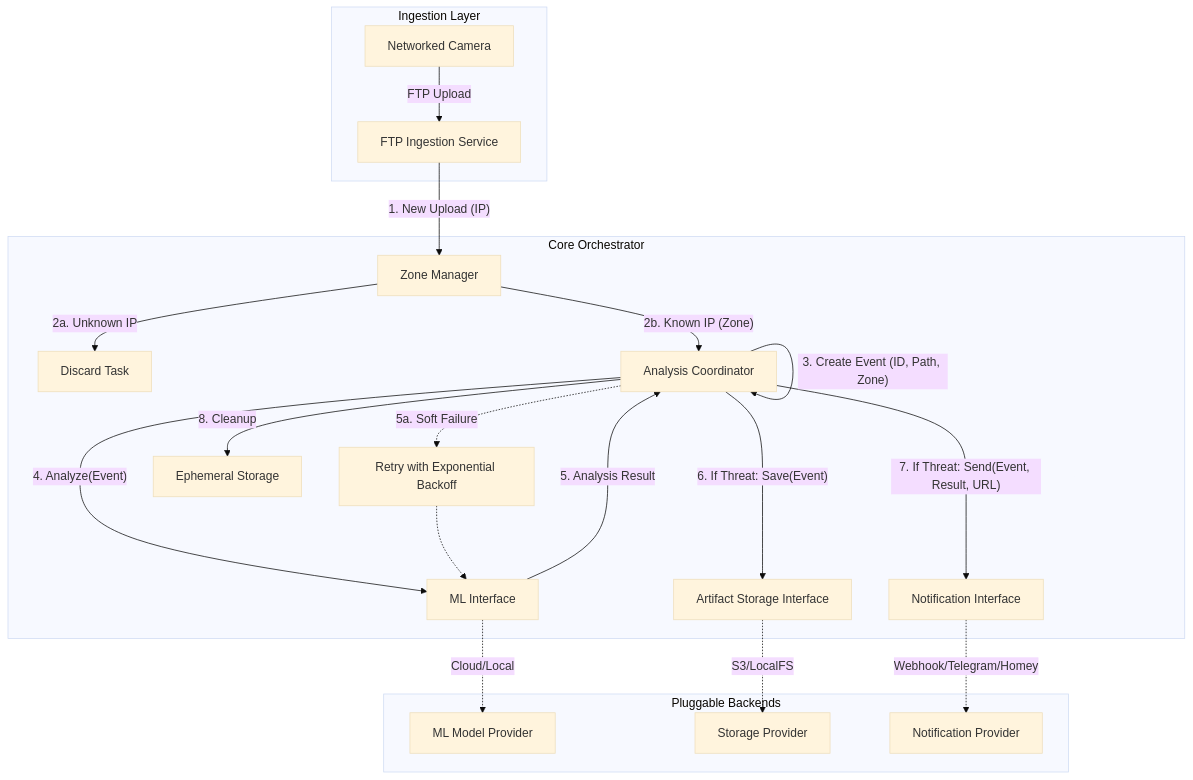
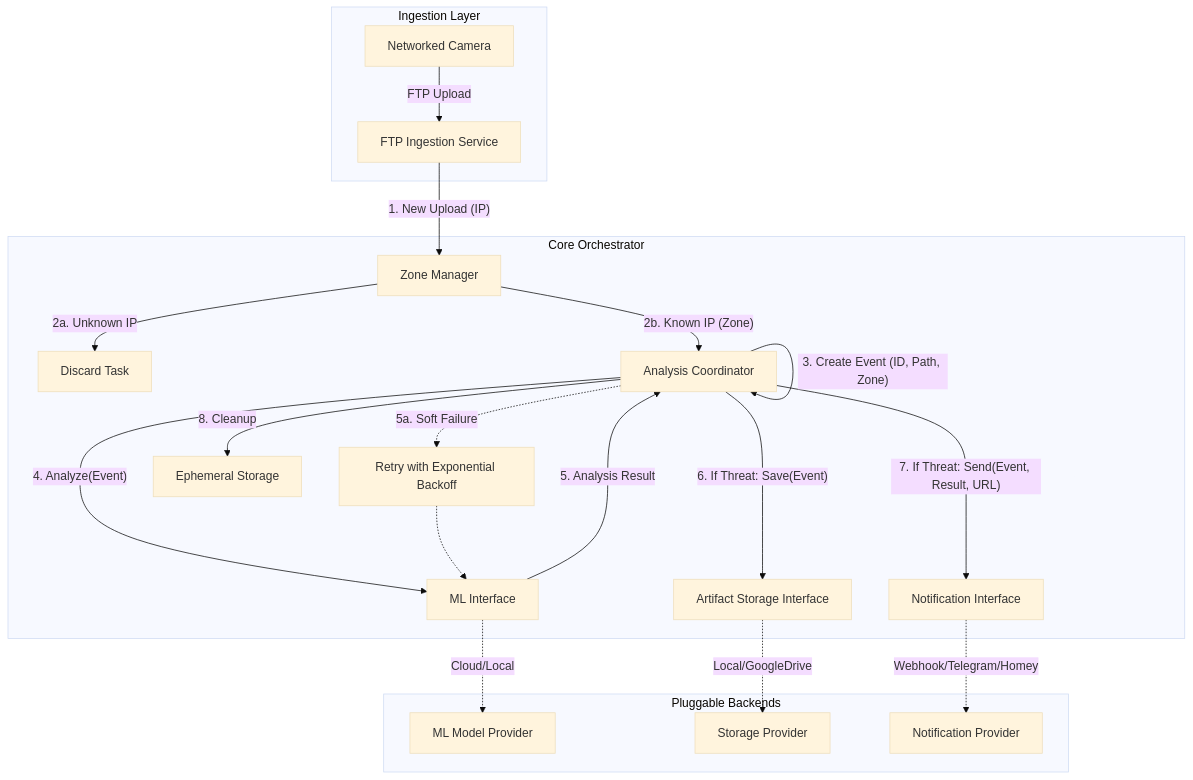
Before and after one commit to digitalentity/red-queen: the diagram in README.md, drawn with Mermaid (base theme). The commit also changed other lines of this file and 17 other files, not shown here.

First line of the commit message:
Storage: add multi-provider fan-out and Google Drive backend

````diff
--- a/README.md
+++ b/README.md
@@ -42,30 +43,30 @@
 ```mermaid
 graph TD
     subgraph "Ingestion Layer"
         Camera[Networked Camera] -->|FTP Upload| FTPServer[FTP Ingestion Service]
     end
 
     subgraph "Core Orchestrator"
         FTPServer -->|"1. New Upload (IP)"| ZoneManager[Zone Manager]
         ZoneManager -->|"2a. Unknown IP"| Discard[Discard Task]
         ZoneManager -->|"2b. Known IP (Zone)"| Coordinator[Analysis Coordinator]
         
         Coordinator -->|"3. Create Event (ID, Path, Zone)"| Coordinator
         Coordinator -->|"4. Analyze(Event)"| MLInterface[ML Interface]
         MLInterface -->|"5. Analysis Result"| Coordinator
         
         Coordinator -.->|"5a. Soft Failure"| Retry[Retry with Exponential Backoff]
         Retry -.-> MLInterface
 
         Coordinator -->|"6. If Threat: Save(Event)"| StorageInterface[Artifact Storage Interface]
         Coordinator -->|"7. If Threat: Send(Event, Result, URL)"| NotificationInterface[Notification Interface]
         
         Coordinator -->|"8. Cleanup"| TempStorage[Ephemeral Storage]
     end
 
     subgraph "Pluggable Backends"
         MLInterface -.->|Cloud/Local| MLModel[ML Model Provider]
-        StorageInterface -.->|S3/LocalFS| StorageProvider[Storage Provider]
+        StorageInterface -.->|Local/GoogleDrive| StorageProvider[Storage Provider]
         NotificationInterface -.->|Webhook/Telegram/Homey| NotificationProvider[Notification Provider]
     end
 ```
````
